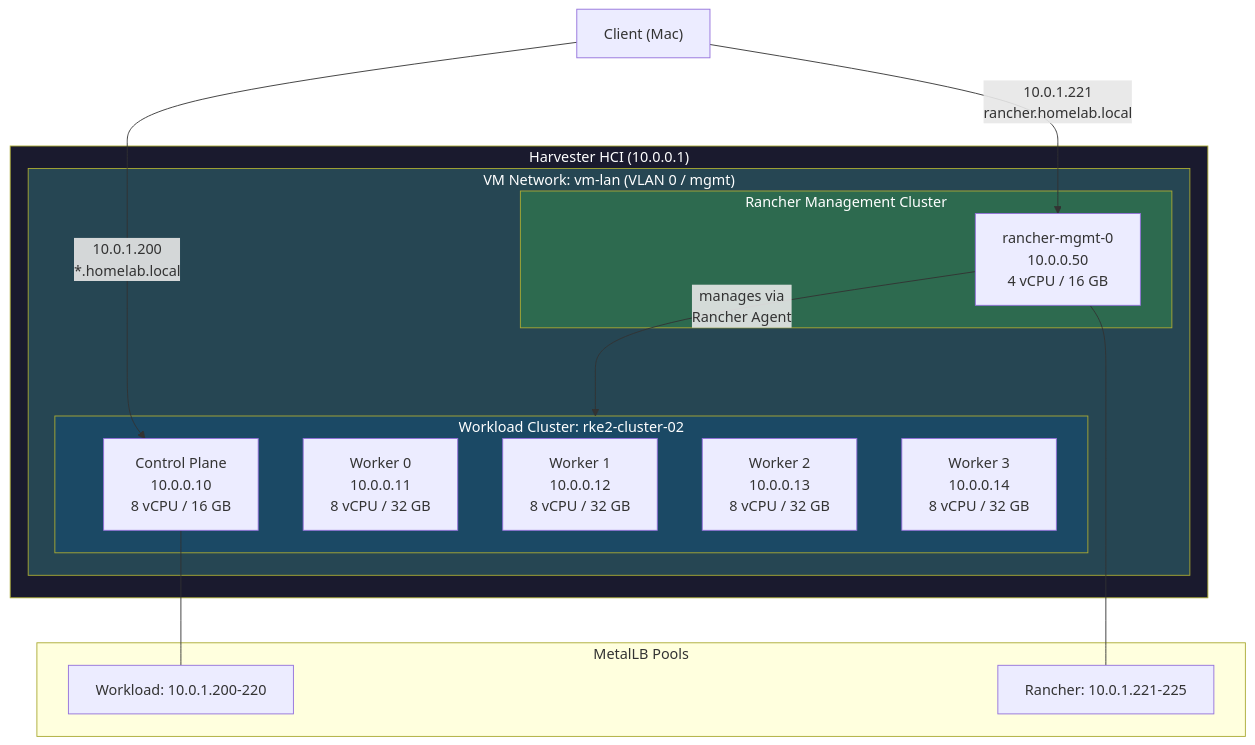
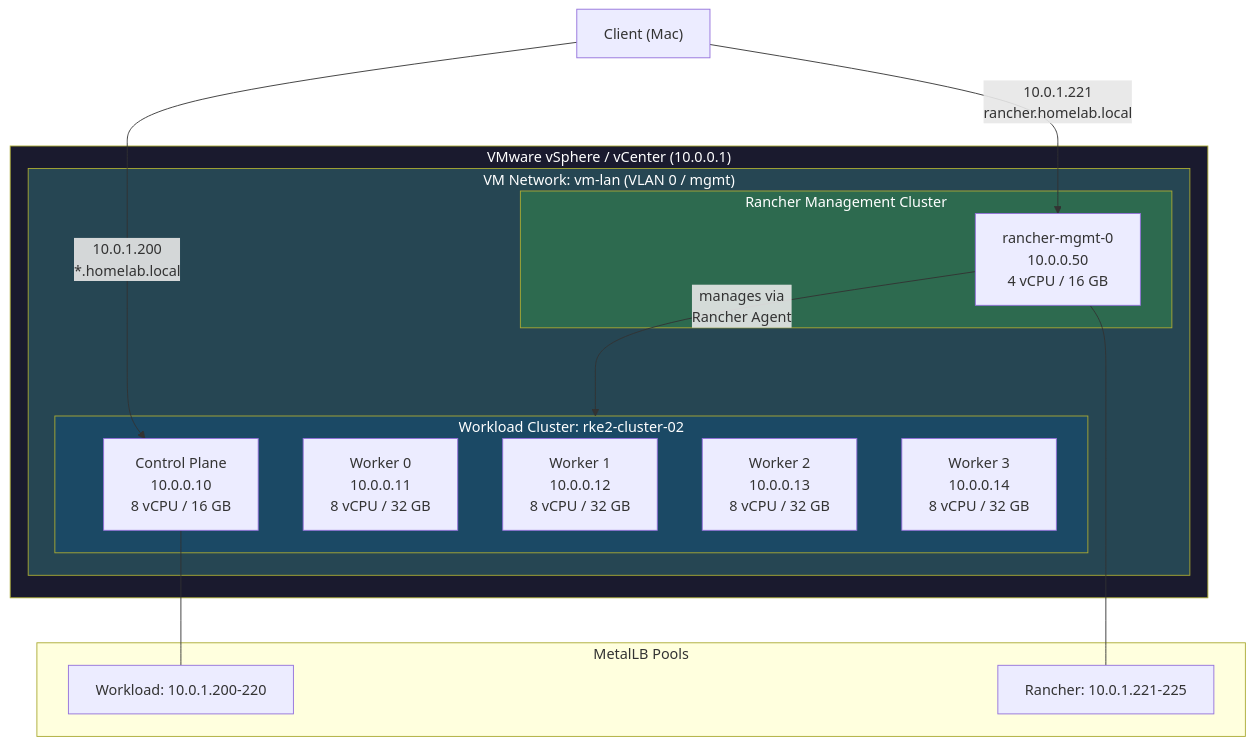
Before and after one commit to kratos81/production-homelab: the first of 9 diagrams in README.md, drawn with Mermaid. The commit also changed other lines of this file and 14 other files, not shown here.

First line of the commit message:
Adapt infrastructure for VMware vSphere / vCenter

````diff
--- a/README.md
+++ b/README.md
@@ -170,36 +170,36 @@
 ```mermaid
 graph TB
-    subgraph Harvester["Harvester HCI (10.0.0.1)"]
+    subgraph Harvester["VMware vSphere / vCenter (10.0.0.1)"]
         subgraph Network["VM Network: vm-lan (VLAN 0 / mgmt)"]
             subgraph Rancher["Rancher Management Cluster"]
                 RM0["rancher-mgmt-0<br/>10.0.0.50<br/>4 vCPU / 16 GB"]
             end
 
             subgraph Cluster02["Workload Cluster: rke2-cluster-02"]
                 CP0["Control Plane<br/>10.0.0.10<br/>8 vCPU / 16 GB"]
                 W0["Worker 0<br/>10.0.0.11<br/>8 vCPU / 32 GB"]
                 W1["Worker 1<br/>10.0.0.12<br/>8 vCPU / 32 GB"]
                 W2["Worker 2<br/>10.0.0.13<br/>8 vCPU / 32 GB"]
                 W3["Worker 3<br/>10.0.0.14<br/>8 vCPU / 32 GB"]
             end
         end
     end
 
     RM0 -->|"manages via<br/>Rancher Agent"| Cluster02
 
     Client["Client (Mac)"] -->|"10.0.1.221<br/>rancher.homelab.local"| RM0
     Client -->|"10.0.1.200<br/>*.homelab.local"| CP0
 
     subgraph LB["MetalLB Pools"]
         Pool1["Workload: 10.0.1.200-220"]
         Pool2["Rancher: 10.0.1.221-225"]
     end
 
     CP0 --- Pool1
     RM0 --- Pool2
 
     style Harvester fill:#1a1a2e,color:#fff
     style Rancher fill:#2d6a4f,color:#fff
     style Cluster02 fill:#1b4965,color:#fff
     style Network fill:#264653,color:#fff
 ```
````
